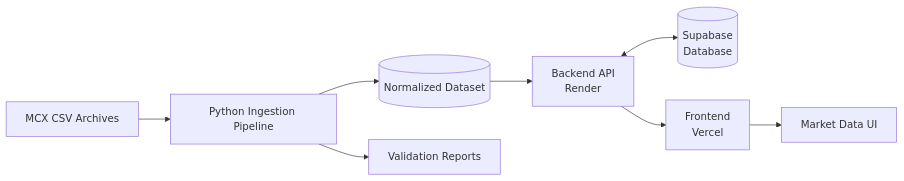
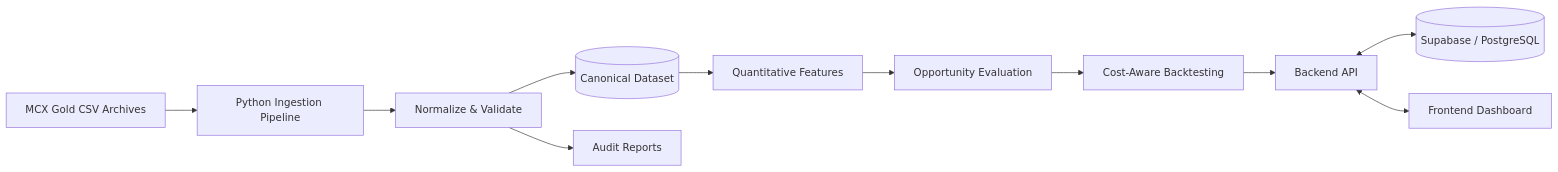
The first of 3 diagrams in README.md (nitin25J/SwarnaNet), drawn with Mermaid before and after one commit. The commit also changed other lines of this file, not shown here.

````diff
--- a/README.md
+++ b/README.md
@@ -20,10 +18,13 @@
 ```mermaid
 flowchart LR
-    A[MCX CSV Archives] --> B[Python Ingestion Pipeline]
-    B --> C[(Normalized Dataset)]
-    B --> D[Validation Reports]
-    C --> E[Backend API<br/>Render]
-    E <--> F[(Supabase<br/>Database)]
-    E --> G[Frontend<br/>Vercel]
-    G --> H[Market Data UI]
+    A[MCX Gold CSV Archives] --> B[Python Ingestion Pipeline]
+    B --> C[Normalize & Validate]
+    C --> D[(Canonical Dataset)]
+    C --> E[Audit Reports]
+    D --> F[Quantitative Features]
+    F --> G[Opportunity Evaluation]
+    G --> H[Cost-Aware Backtesting]
+    H --> I[Backend API]
+    I <--> J[(Supabase / PostgreSQL)]
+    I <--> K[Frontend Dashboard]
 ```
````
